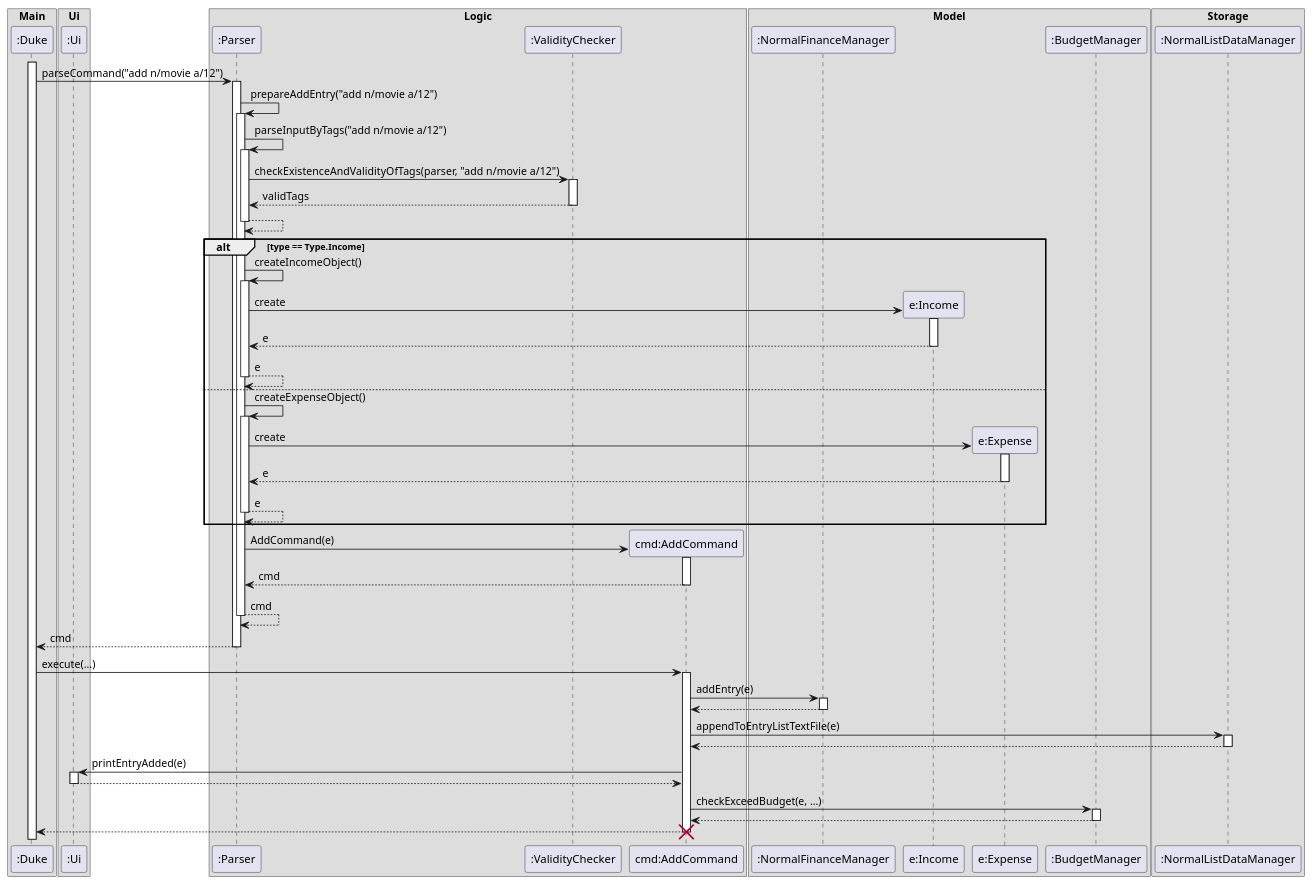
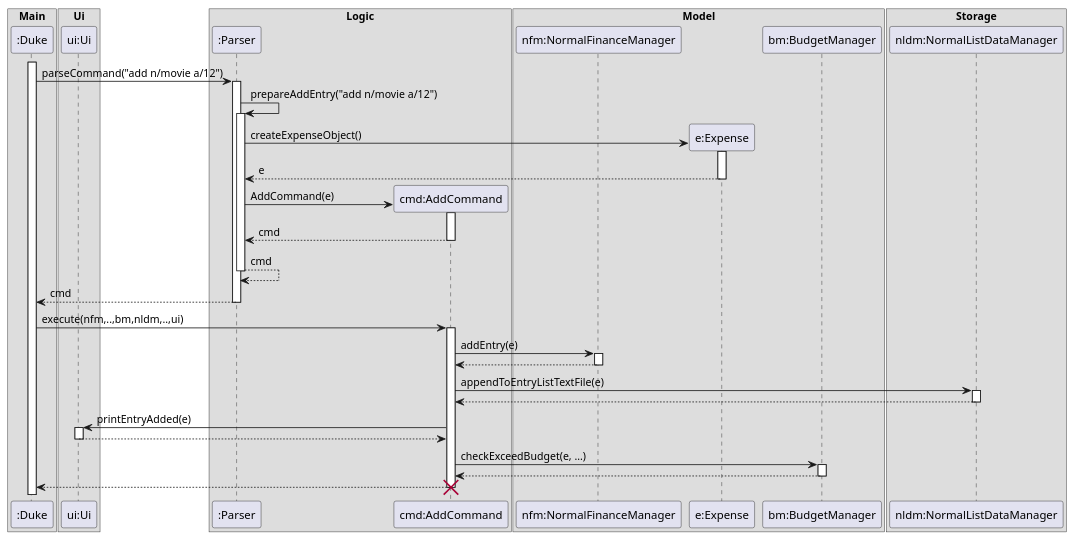
One commit to yanjia1777/tp changed the diagram in docs/diagrams/LogicSequenceDiagram.puml. Above: the diagram before and after it, drawn with PlantUML. The commit also changed 5 other files, not shown here.

Commit message:
Update DG with simpler logic sequence diagram and parser implementation

```diff
--- a/docs/diagrams/LogicSequenceDiagram.puml
+++ b/docs/diagrams/LogicSequenceDiagram.puml
@@ -1,102 +1,75 @@
 @startuml
 box Main
 Participant ":Duke" as Duke
 end box
 box Ui
-Participant ":Ui" as Ui
+Participant "ui:Ui" as Ui
 end box
 box Logic
 Participant ":Parser" as Parser
-Participant ":ValidityChecker" as Valid
 Participant "cmd:AddCommand" as DeleteCommand
 end box
 
 box Model
-Participant ":NormalFinanceManager" as NormalFinanceManager
-Participant "e:Income" as Entry2
-Participant "e:Expense" as Entry
-Participant ":BudgetManager" as Budget
+Participant "nfm:NormalFinanceManager" as NormalFinanceManager
+Participant "e:Expense" as Entry2
+Participant "bm:BudgetManager" as Budget
 end box
 
 box Storage
-Participant ":NormalListDataManager" as NormalListDataManager
+Participant "nldm:NormalListDataManager" as NormalListDataManager
 end box
 
 activate Duke
 Duke -> Parser : parseCommand("add n/movie a/12")
 activate Parser
 
 Parser -> Parser : prepareAddEntry("add n/movie a/12")
-activate Parser
-Parser -> Parser : parseInputByTags("add n/movie a/12")
-activate Parser
-Parser -> Valid : checkExistenceAndValidityOfTags(parser, "add n/movie a/12")
-activate Valid
-Valid --> Parser : validTags
-deactivate Valid
 
-Parser --> Parser
-deactivate Parser
-alt type == Type.Income
-    Parser -> Parser : createIncomeObject()
     activate Parser
     create Entry2
-    Parser -> Entry2 : create
+    Parser -> Entry2 : createExpenseObject()
     activate Entry2
     Entry2 --> Parser : e
     deactivate Entry2
-    Parser --> Parser : e
-    deactivate Parser
-else
-    Parser -> Parser : createExpenseObject()
-    activate Parser
-        create Entry
-        Parser -> Entry : create
-        activate Entry
-        Entry --> Parser : e
-        deactivate Entry
-        Parser --> Parser : e
-        deactivate Parser
-end
-activate Parser
 
 
 create DeleteCommand
 Parser -> DeleteCommand : AddCommand(e)
 activate DeleteCommand
 DeleteCommand --> Parser : cmd
 deactivate DeleteCommand
 Parser --> Parser : cmd
 deactivate Parser
 Parser --> Duke : cmd
 
 deactivate Parser
 
-Duke -> DeleteCommand : execute(...)
+Duke -> DeleteCommand : execute(nfm,..,bm,nldm,..,ui)
 
 activate DeleteCommand
 DeleteCommand -> NormalFinanceManager : addEntry(e)
 activate NormalFinanceManager
 NormalFinanceManager --> DeleteCommand
 deactivate NormalFinanceManager
 
 DeleteCommand -> NormalListDataManager : appendToEntryListTextFile(e)
 activate NormalListDataManager
 NormalListDataManager --> DeleteCommand
 deactivate NormalListDataManager
 
 
 DeleteCommand -> Ui : printEntryAdded(e)
 
 activate Ui
 Ui --> DeleteCommand
 deactivate Ui
 DeleteCommand -> Budget : checkExceedBudget(e, ...)
 activate Budget
 Budget --> DeleteCommand
 deactivate Budget
 
 DeleteCommand --> Duke
 deactivate DeleteCommand
 destroy DeleteCommand
 @enduml
```
